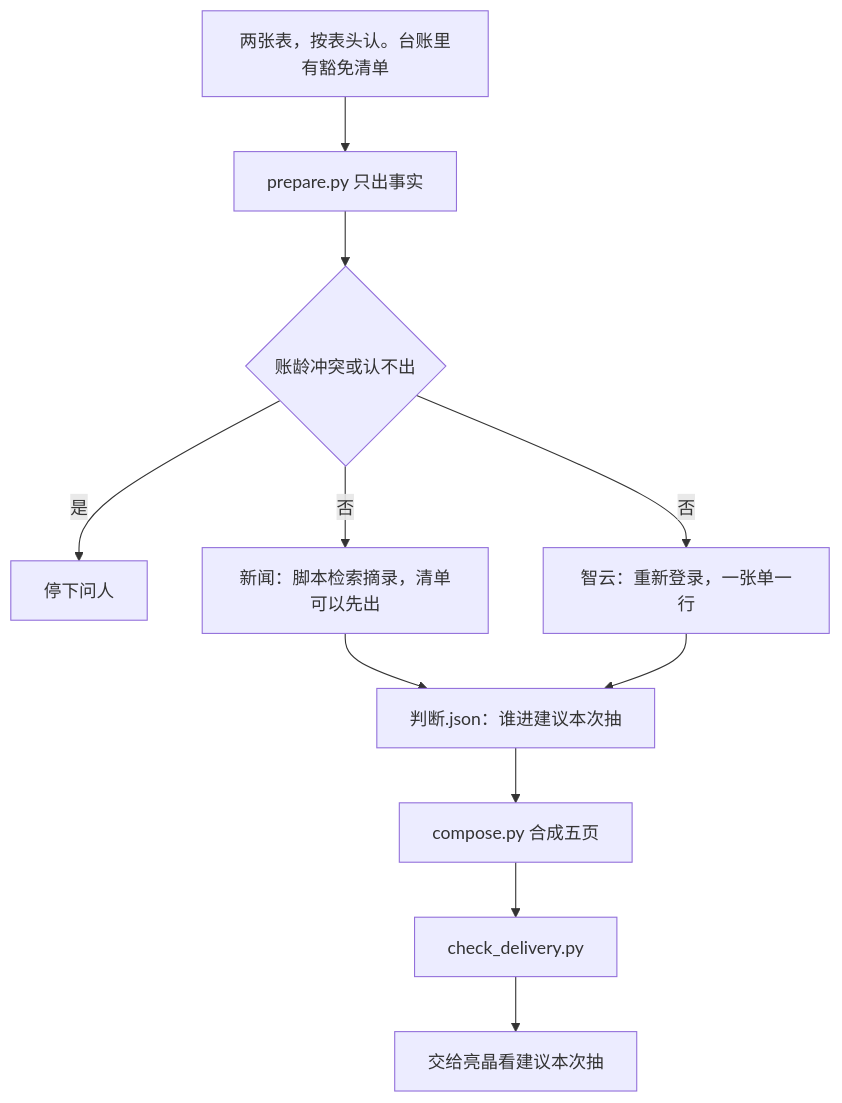
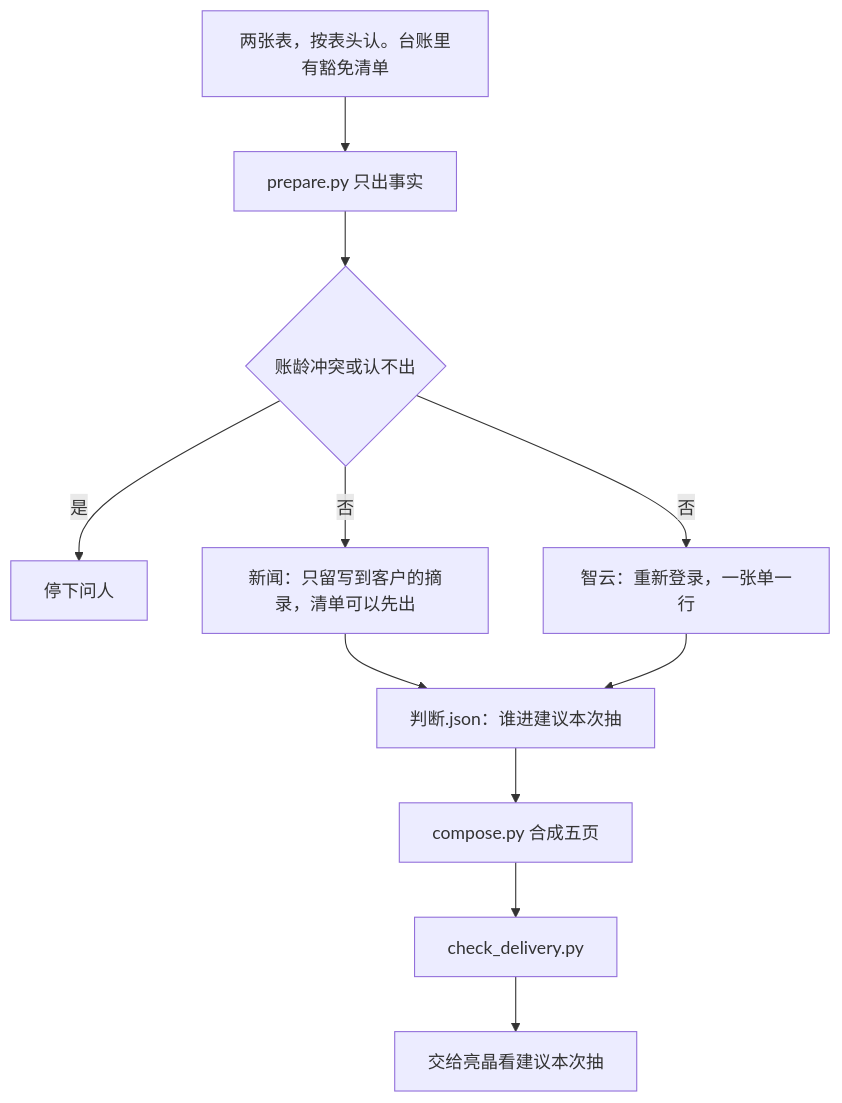
Before and after one commit to EvanLee2004/finance-skills: the diagram in skills/ar-spot-check/README.md, drawn with Mermaid. The commit also changed other lines of this file and 6 other files, not shown here.

````diff
--- a/skills/ar-spot-check/README.md
+++ b/skills/ar-spot-check/README.md
@@ -7,13 +7,13 @@
 ```mermaid
 flowchart TD
   A[两张表，按表头认。台账里有豁免清单] --> B[prepare.py 只出事实]
   B --> C{账龄冲突或认不出}
   C -->|是| Q[停下问人]
-  C -->|否| D[新闻：脚本检索摘录，清单可以先出]
+  C -->|否| D[新闻：只留写到客户的摘录，清单可以先出]
   C -->|否| E[智云：重新登录，一张单一行]
   D --> J[判断.json：谁进建议本次抽]
   E --> J
   J --> F[compose.py 合成五页]
   F --> G[check_delivery.py]
   G --> H[交给亮晶看建议本次抽]
 ```
````
